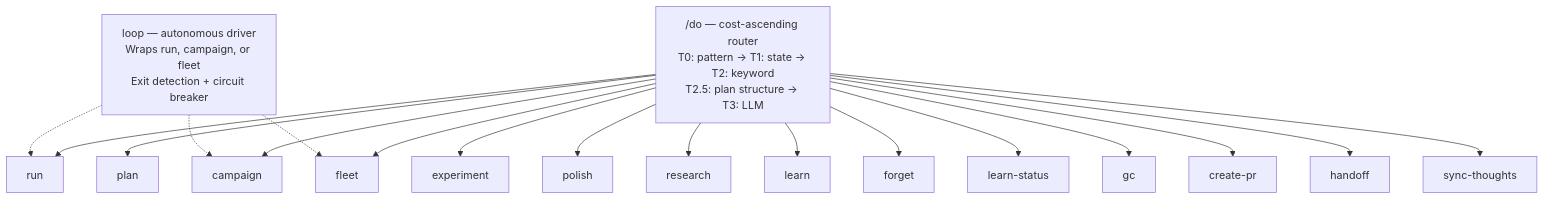
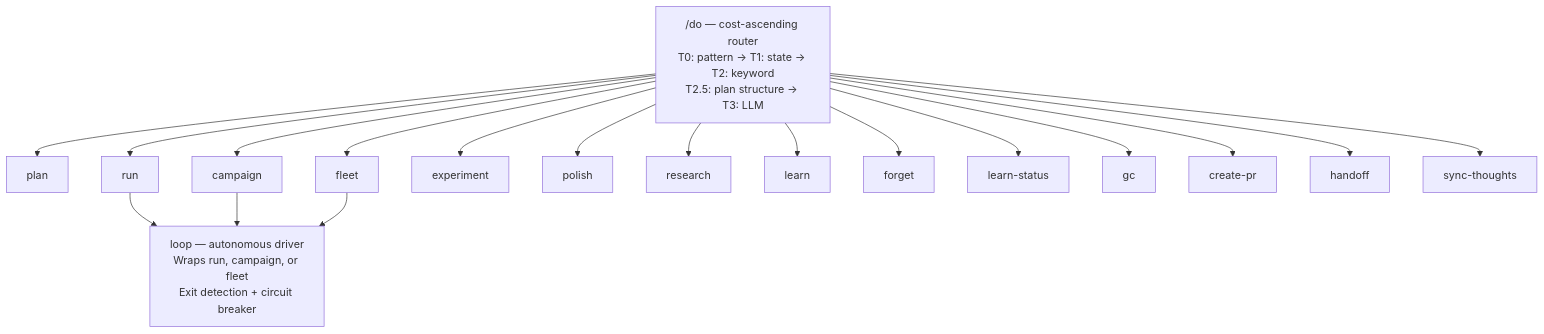
The diagram in README.md (Jason-Adam/autodidact), drawn with Mermaid before and after one commit.

Commit message:
Move loop box below connected skills in mermaid diagram
Eliminates crisscrossing lines by placing the loop node beneath
run, campaign, and fleet instead of beside the router.

````diff
--- a/README.md
+++ b/README.md
@@ -19,24 +19,23 @@
 ```mermaid
 graph TD
     DO["/do — cost-ascending router<br/>T0: pattern → T1: state → T2: keyword<br/>T2.5: plan structure → T3: LLM"]
 
     DO --> plan
     DO --> run
     DO --> campaign
     DO --> fleet
     DO --> experiment
     DO --> polish
     DO --> research
     DO --> learn
     DO --> forget
     DO --> learn-status
     DO --> gc
     DO --> create-pr
     DO --> handoff
     DO --> sync-thoughts
 
-    LOOP["loop — autonomous driver<br/>Wraps run, campaign, or fleet<br/>Exit detection + circuit breaker"]
-    LOOP -.-> run
-    LOOP -.-> campaign
-    LOOP -.-> fleet
+    run --> LOOP["loop — autonomous driver<br/>Wraps run, campaign, or fleet<br/>Exit detection + circuit breaker"]
+    campaign --> LOOP
+    fleet --> LOOP
 ```
````
